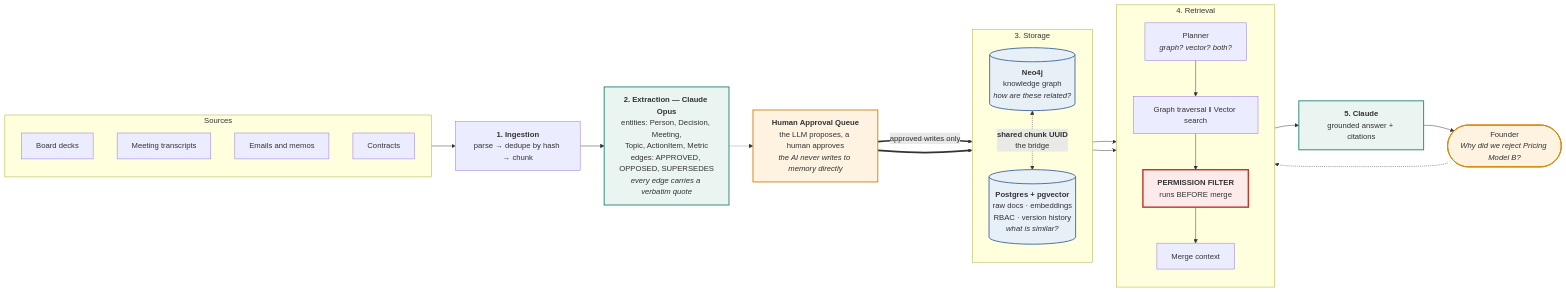
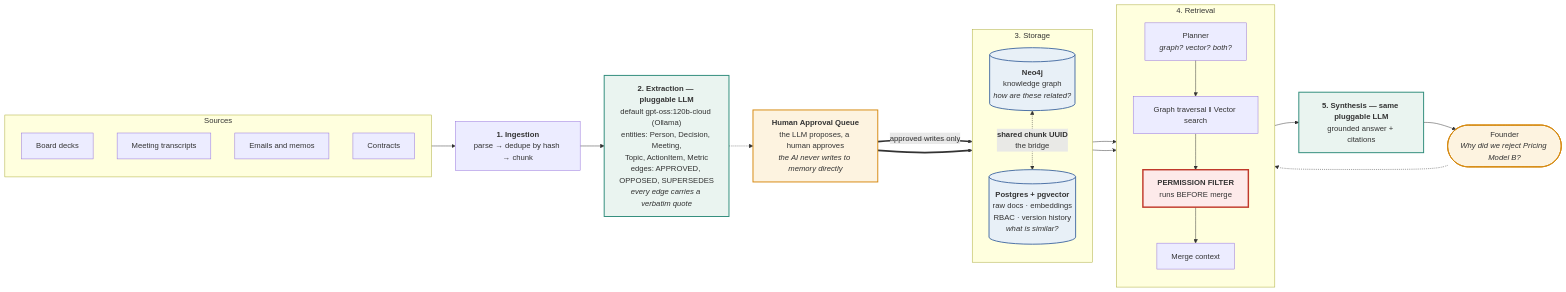
The first of 3 diagrams in docs/architecture.md (Cloverag/callosum), drawn with Mermaid before and after one commit. The commit also changed other lines of this file, not shown here.

First line of the commit message:
docs(architecture): name the real extraction model, not an aspirational one

````diff
--- a/docs/architecture.md
+++ b/docs/architecture.md
@@ -5,57 +5,57 @@
 ```mermaid
 flowchart LR
     subgraph SRC["Sources"]
         direction TB
         S1["Board decks"]
         S2["Meeting transcripts"]
         S3["Emails and memos"]
         S4["Contracts"]
     end
 
     ING["<b>1. Ingestion</b><br/>parse → dedupe by hash → chunk"]
 
-    EXT["<b>2. Extraction — Claude Opus</b><br/>entities: Person, Decision, Meeting,<br/>Topic, ActionItem, Metric<br/>edges: APPROVED, OPPOSED, SUPERSEDES<br/><i>every edge carries a verbatim quote</i>"]
+    EXT["<b>2. Extraction — pluggable LLM</b><br/>default gpt-oss:120b-cloud (Ollama)<br/>entities: Person, Decision, Meeting,<br/>Topic, ActionItem, Metric<br/>edges: APPROVED, OPPOSED, SUPERSEDES<br/><i>every edge carries a verbatim quote</i>"]
 
     subgraph STORE["3. Storage"]
         direction TB
         GRAPH[("<b>Neo4j</b><br/>knowledge graph<br/><i>how are these related?</i>")]
         PG[("<b>Postgres + pgvector</b><br/>raw docs · embeddings<br/>RBAC · version history<br/><i>what is similar?</i>")]
     end
 
     subgraph RET["4. Retrieval"]
         direction TB
         PLAN["Planner<br/><i>graph? vector? both?</i>"]
         SEARCH["Graph traversal ‖ Vector search"]
         PERM["<b>PERMISSION FILTER</b><br/>runs BEFORE merge"]
         MERGE["Merge context"]
         PLAN --> SEARCH
         SEARCH --> PERM
         PERM --> MERGE
     end
 
-    LLM["<b>5. Claude</b><br/>grounded answer + citations"]
+    LLM["<b>5. Synthesis — same pluggable LLM</b><br/>grounded answer + citations"]
     USER(["Founder<br/><i>Why did we reject Pricing Model B?</i>"])
     APPROVE["<b>Human Approval Queue</b><br/>the LLM proposes, a human approves<br/><i>the AI never writes to memory directly</i>"]
 
     SRC --> ING
     ING --> EXT
     EXT -.-> APPROVE
     APPROVE == "approved writes only" ==> GRAPH
     APPROVE ==> PG
     GRAPH <-. "<b>shared chunk UUID</b><br/>the bridge" .-> PG
     GRAPH --> PLAN
     PG --> PLAN
     MERGE --> LLM
     LLM --> USER
     USER -.-> PLAN
 
     classDef store fill:#e8f0f7,stroke:#4a6fa5,stroke-width:2px
     classDef danger fill:#fdeaea,stroke:#c0392b,stroke-width:3px
     classDef human fill:#fdf3e0,stroke:#d68910,stroke-width:2px
     classDef ai fill:#eaf4f0,stroke:#2e8b7a,stroke-width:2px
 
     class GRAPH,PG store
     class PERM danger
     class APPROVE,USER human
     class EXT,LLM ai
 ```
````
